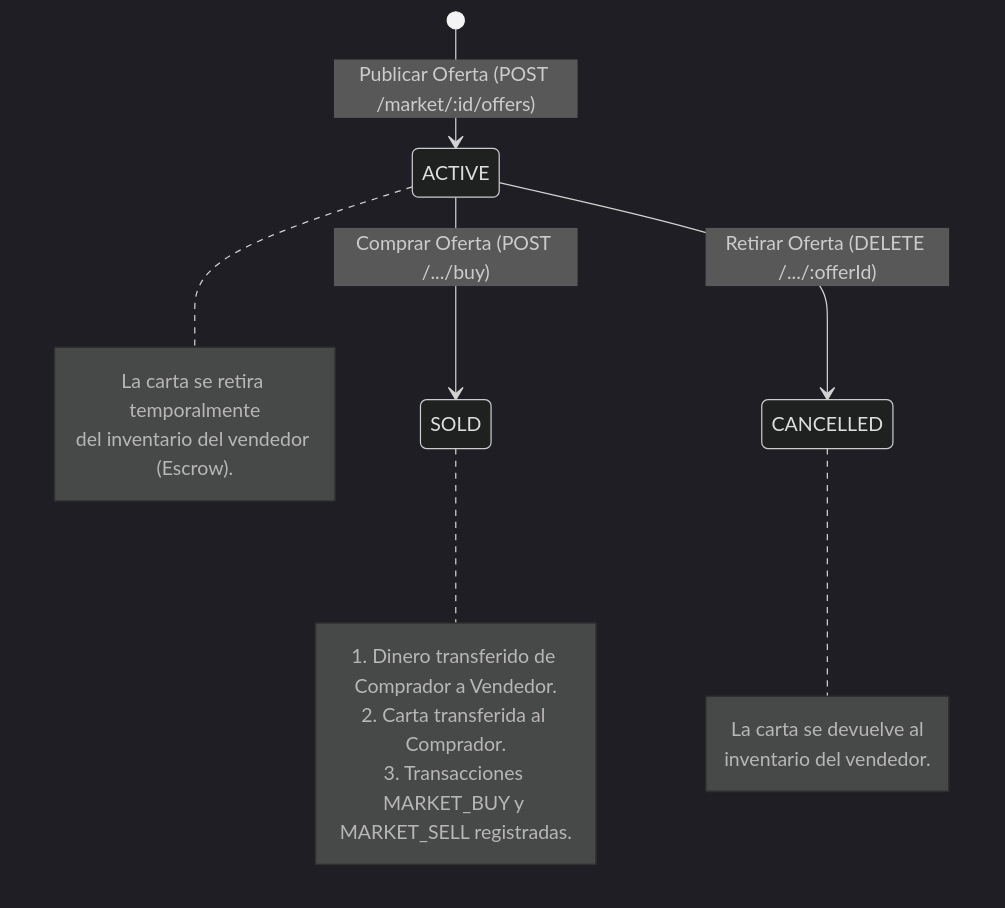
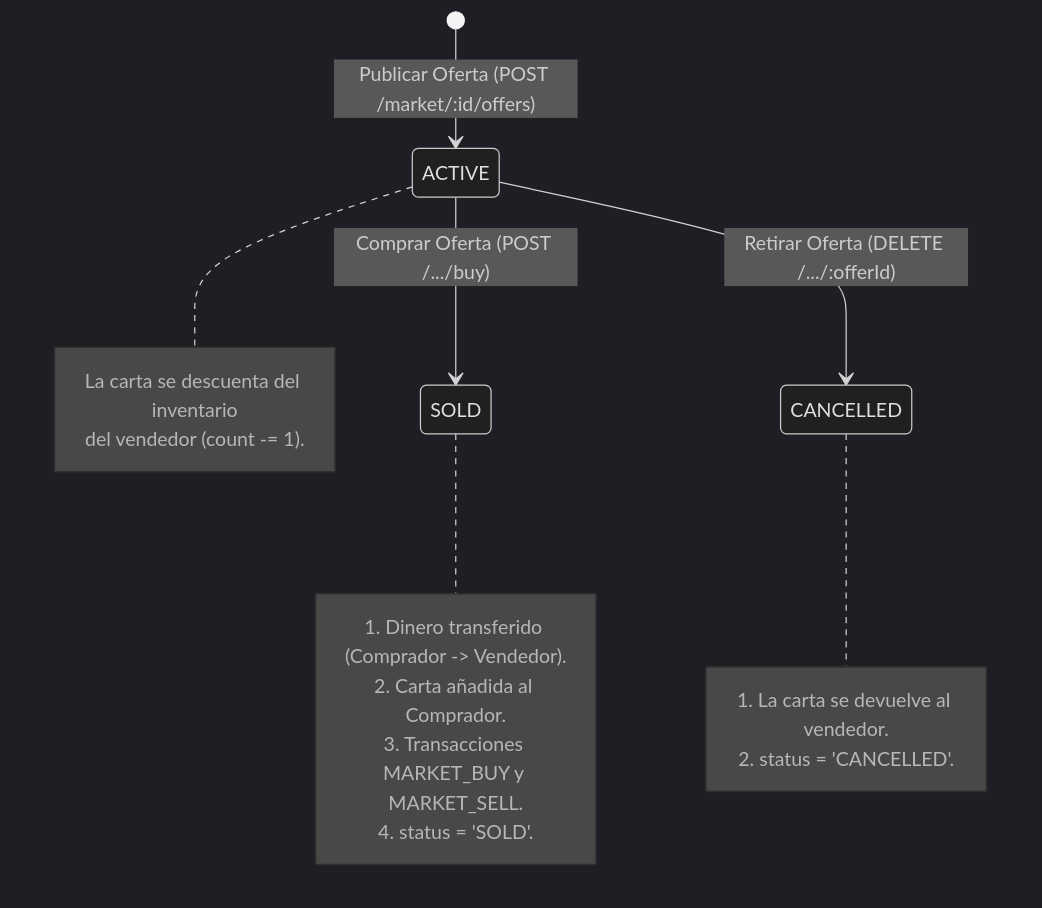
The second of 2 diagrams in docs/features/mercado-p2p.md (Paradox021/backendSmilbot), drawn with Mermaid (dark theme) before and after one commit. The commit also changed other lines of this file and 7 other files, not shown here.

Commit message:
feat: migrate legacy market offers to independent collection and normalize user inventory schemas

````diff
--- a/docs/features/mercado-p2p.md
+++ b/docs/features/mercado-p2p.md
@@ -46,11 +57,11 @@
 ```mermaid
 stateDiagram-v2
     [*] --> ACTIVE: Publicar Oferta (POST /market/:id/offers)
-    note right of ACTIVE: La carta se retira temporalmente<br/>del inventario del vendedor (Escrow).
+    note right of ACTIVE: La carta se descuenta del inventario<br/>del vendedor (count -= 1).
     
     ACTIVE --> SOLD: Comprar Oferta (POST /.../buy)
-    note right of SOLD: 1. Dinero transferido de Comprador a Vendedor.<br/>2. Carta transferida al Comprador.<br/>3. Transacciones MARKET_BUY y MARKET_SELL registradas.
+    note right of SOLD: 1. Dinero transferido (Comprador -> Vendedor).<br/>2. Carta añadida al Comprador.<br/>3. Transacciones MARKET_BUY y MARKET_SELL.<br/>4. status = 'SOLD'.
     
     ACTIVE --> CANCELLED: Retirar Oferta (DELETE /.../:offerId)
-    note right of CANCELLED: La carta se devuelve al<br/>inventario del vendedor.
+    note right of CANCELLED: 1. La carta se devuelve al vendedor.<br/>2. status = 'CANCELLED'.
 ```
````
